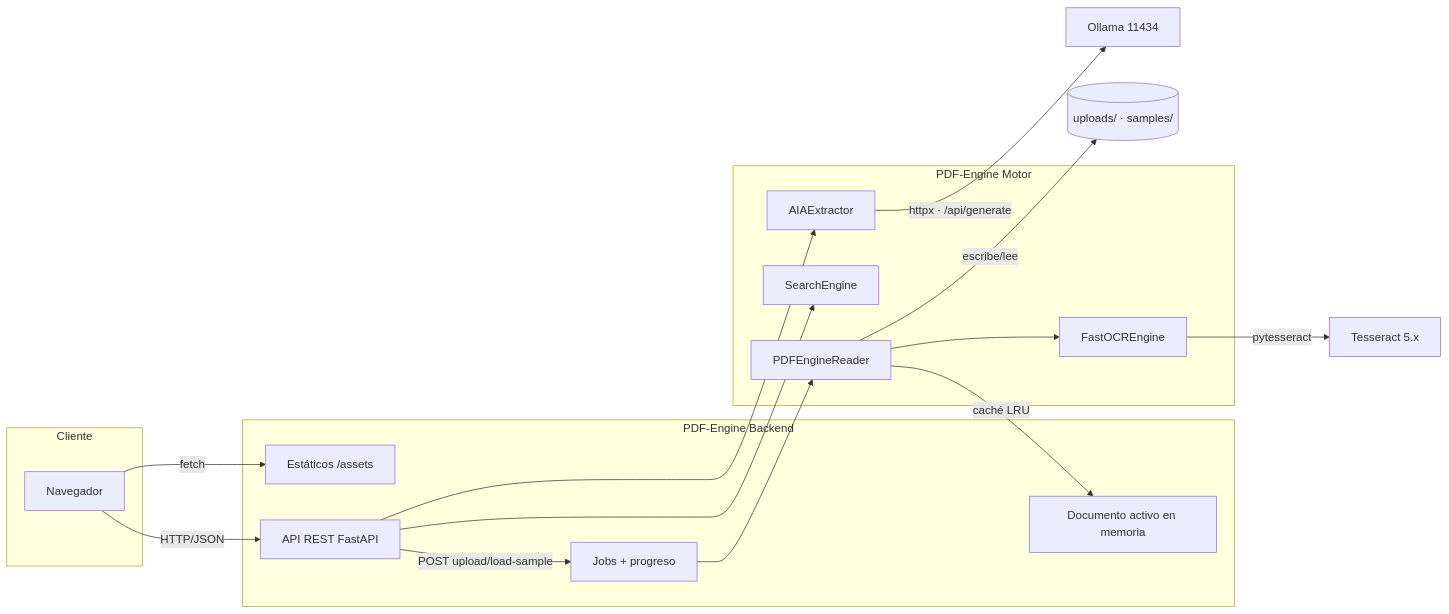
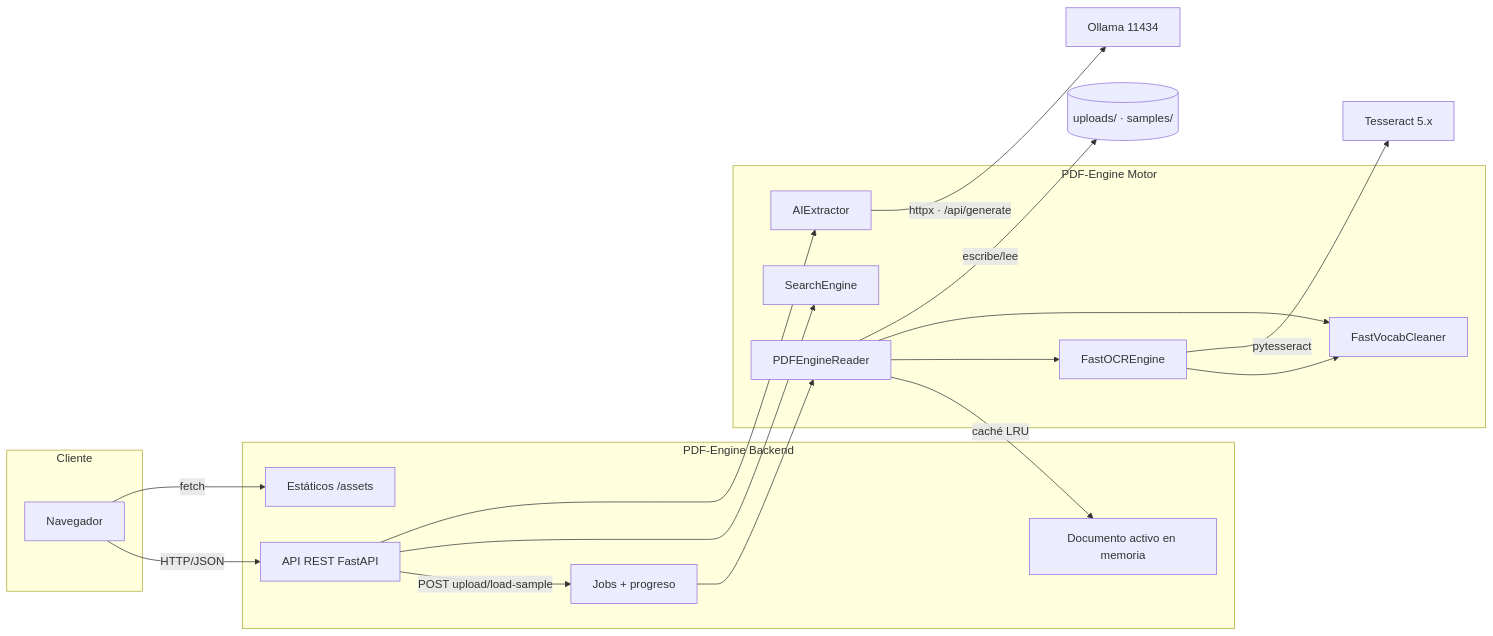
The third of 3 diagrams in docs/ARQUITECTURA.md (estebanp26/PDF-Engine), drawn with Mermaid before and after one commit. The commit also changed other lines of this file and 5 other files, not shown here.

Commit message:
docs: update project documentation with watermark detection, vocab cleaner, compound indexing, and 4-tier search

````diff
--- a/docs/ARQUITECTURA.md
+++ b/docs/ARQUITECTURA.md
@@ -168,29 +190,32 @@
 ```mermaid
 flowchart LR
     subgraph Cliente
         BROWSER[Navegador]
     end
     subgraph Backend[PDF-Engine Backend]
         API[API REST FastAPI]
         STAT[Estáticos /assets]
         JOB[Jobs + progreso]
         ACT[Documento activo en memoria]
     end
     subgraph Motor[PDF-Engine Motor]
         R[PDFEngineReader]
         O[FastOCREngine]
+        V[FastVocabCleaner]
         S[SearchEngine]
-        A[AIAExtractor]
+        A[AIExtractor]
     end
     BROWSER -->|HTTP/JSON| API
     BROWSER -->|fetch| STAT
     API -->|POST upload/load-sample| JOB
     JOB --> R
     R -->|caché LRU| ACT
     API --> S
     API --> A
     R --> O
+    O --> V
+    R --> V
     O -->|pytesseract| TESS[Tesseract 5.x]
     A -->|httpx · /api/generate| OLL[Ollama 11434]
     R -->|escribe/lee| FS[(uploads/ · samples/)]
 ```
````
